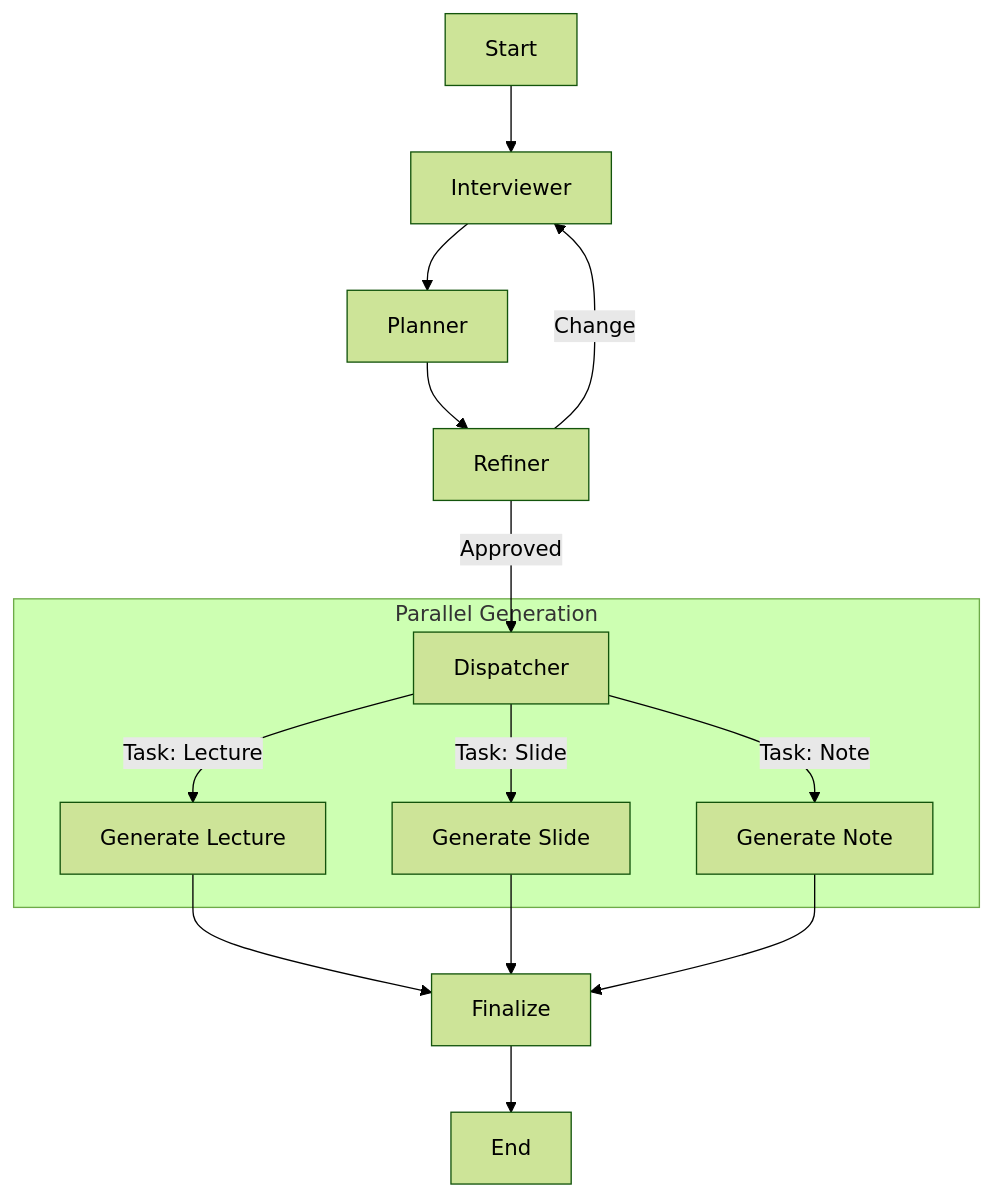
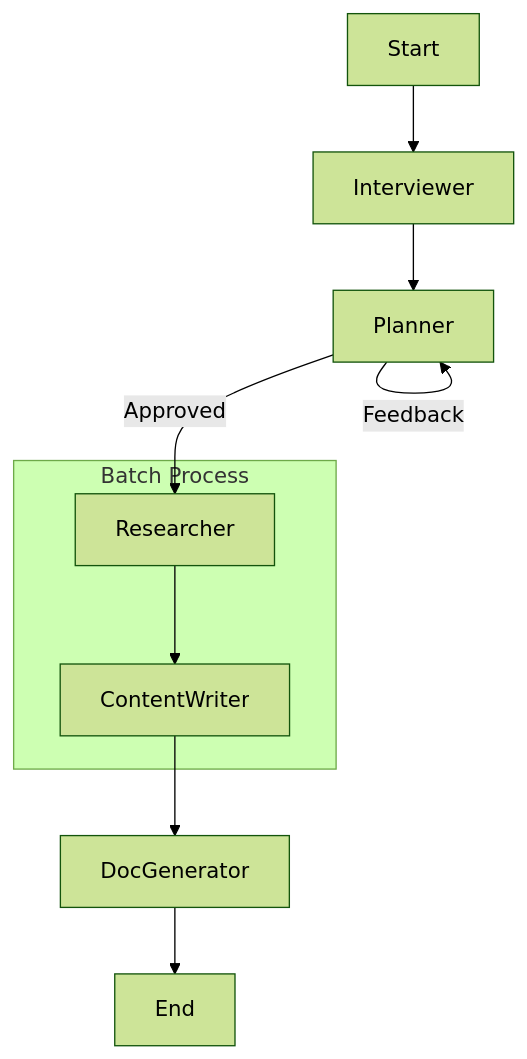
Before and after one commit to NguyenNhat4/medical-edu-multiagent: the diagram in docs/design.md, drawn with Mermaid (forest theme). The commit also changed other lines of this file, not shown here.

````diff
--- a/docs/design.md
+++ b/docs/design.md
@@ -34,19 +32,14 @@
 ```mermaid
 flowchart TD
     Start --> Interviewer
     Interviewer --> Planner
-    Planner --> Refiner
-    Refiner -->|Change| Interviewer
-    Refiner -->|Approved| Dispatcher
+    Planner -->|Feedback| Planner
+    Planner -->|Approved| Researcher
 
-    subgraph Execution [Parallel Generation]
-        Dispatcher -->|Task: Lecture| GenLecture[Generate Lecture]
-        Dispatcher -->|Task: Slide| GenSlide[Generate Slide]
-        Dispatcher -->|Task: Note| GenNote[Generate Note]
+    subgraph ContentCreation [Batch Process]
+        Researcher --> ContentWriter
     end
 
-    GenLecture --> Finalize
-    GenSlide --> Finalize
-    GenNote --> Finalize
-    Finalize --> End
+    ContentWriter --> DocGenerator
+    DocGenerator --> End
 ```
````
